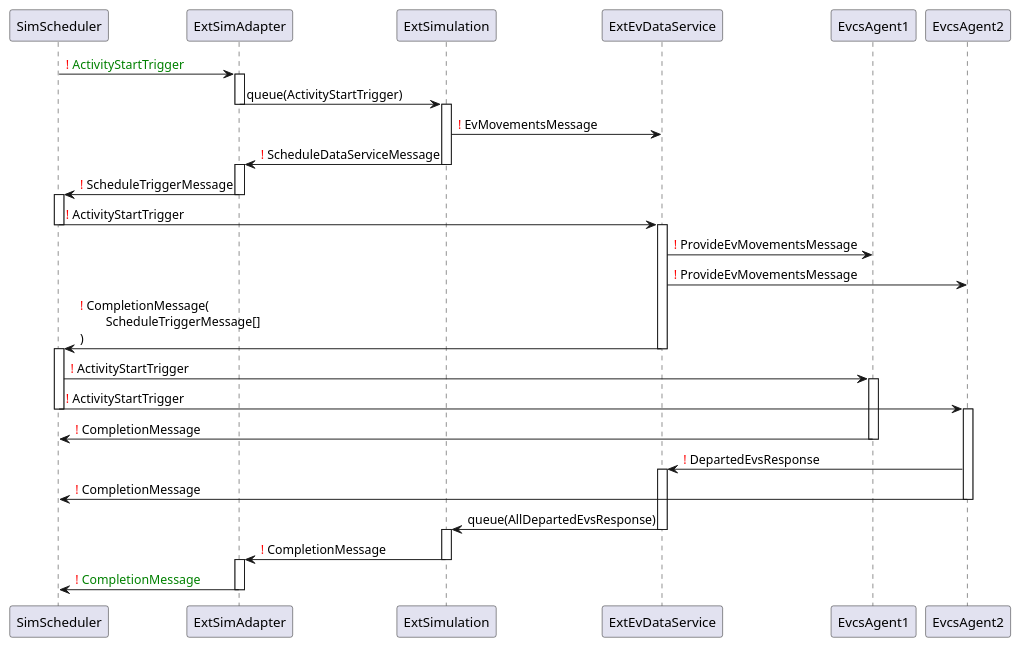
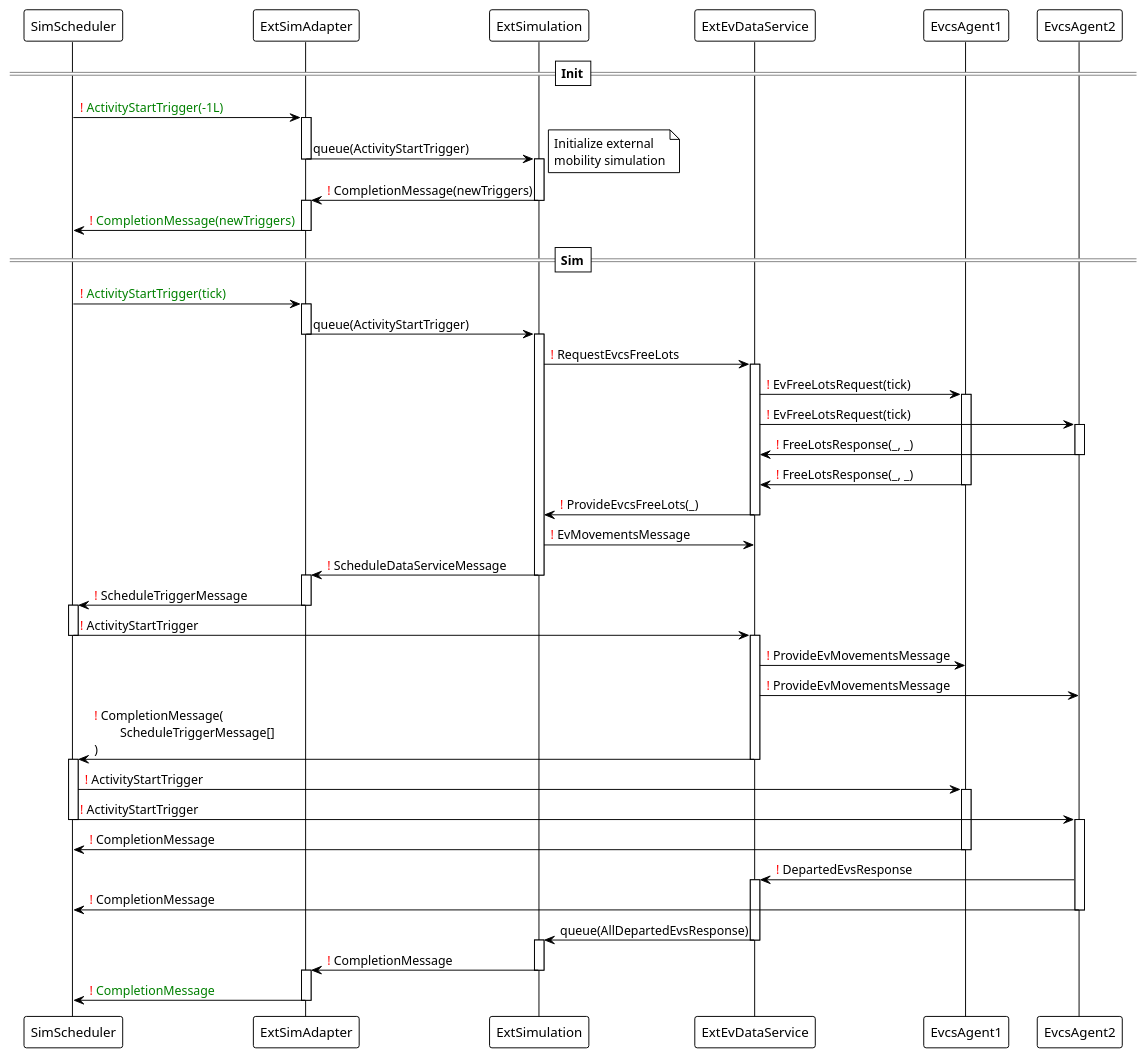
One commit to ie3-institute/simona changed the diagram in docs/uml/protocol/ExtEvSimulationSequence.puml. Above: the diagram before and after it, drawn with PlantUML.

Commit message:
Improve protocol documentation

```diff
--- a/docs/uml/protocol/ExtEvSimulationSequence.puml
+++ b/docs/uml/protocol/ExtEvSimulationSequence.puml
@@ -1,51 +1,87 @@
 @startuml
-SimScheduler -> ExtSimAdapter: <font color=red>!</font> <font color=green>ActivityStartTrigger</font>
+
+!theme plain
+
+==Init==
+SimScheduler -> ExtSimAdapter: <font color=red>!</font> <font color=green>ActivityStartTrigger(-1L)</font>
 activate ExtSimAdapter
 
 ExtSimAdapter -> ExtSimulation: queue(ActivityStartTrigger)
 deactivate ExtSimAdapter
 activate ExtSimulation
+note right: Initialize external\nmobility simulation
+
+ExtSimulation -> ExtSimAdapter: <font color=red>!</font> CompletionMessage(newTriggers)
+deactivate ExtSimulation
+activate ExtSimAdapter
+
+ExtSimAdapter -> SimScheduler: <font color=red>!</font> <font color=green>CompletionMessage(newTriggers)</font>
+deactivate ExtSimAdapter
+
+==Sim==
+SimScheduler -> ExtSimAdapter: <font color=red>!</font> <font color=green>ActivityStartTrigger(tick)</font>
+activate ExtSimAdapter
+
+ExtSimAdapter -> ExtSimulation: queue(ActivityStartTrigger)
+deactivate ExtSimAdapter
+activate ExtSimulation
+
+ExtSimulation -> ExtEvDataService: <font color=red>!</font> RequestEvcsFreeLots
+activate ExtEvDataService
+ExtEvDataService -> EvcsAgent1: <font color=red>!</font> EvFreeLotsRequest(tick)
+activate EvcsAgent1
+ExtEvDataService -> EvcsAgent2: <font color=red>!</font> EvFreeLotsRequest(tick)
+activate EvcsAgent2
+EvcsAgent2 -> ExtEvDataService: <font color=red>!</font> FreeLotsResponse(_, _)
+deactivate EvcsAgent2
+EvcsAgent1 -> ExtEvDataService: <font color=red>!</font> FreeLotsResponse(_, _)
+deactivate EvcsAgent1
+ExtEvDataService -> ExtSimulation: <font color=red>!</font> ProvideEvcsFreeLots(_)
+deactivate ExtEvDataService
+
+'TODO Refactor from here
+
 ExtSimulation -> ExtEvDataService: <font color=red>!</font> EvMovementsMessage
 ExtSimulation -> ExtSimAdapter: <font color=red>!</font> ScheduleDataServiceMessage
 deactivate ExtSimulation
 activate ExtSimAdapter
 
 ExtSimAdapter -> SimScheduler: <font color=red>!</font> ScheduleTriggerMessage
 deactivate ExtSimAdapter
 activate SimScheduler
 
 SimScheduler -> ExtEvDataService: <font color=red>!</font> ActivityStartTrigger
 deactivate SimScheduler
 activate ExtEvDataService
 
 ExtEvDataService -> EvcsAgent1: <font color=red>!</font> ProvideEvMovementsMessage
 ExtEvDataService -> EvcsAgent2: <font color=red>!</font> ProvideEvMovementsMessage
 ExtEvDataService -> SimScheduler: <font color=red>!</font> CompletionMessage(\n\tScheduleTriggerMessage[]\n)
 deactivate ExtEvDataService
 activate SimScheduler
 
 SimScheduler -> EvcsAgent1: <font color=red>!</font> ActivityStartTrigger
 activate EvcsAgent1
 SimScheduler -> EvcsAgent2: <font color=red>!</font> ActivityStartTrigger
 deactivate SimScheduler
 activate EvcsAgent2
 
 EvcsAgent1 -> SimScheduler: <font color=red>!</font> CompletionMessage
 deactivate EvcsAgent1
 
 EvcsAgent2 -> ExtEvDataService: <font color=red>!</font> DepartedEvsResponse
 activate ExtEvDataService
 EvcsAgent2 -> SimScheduler: <font color=red>!</font> CompletionMessage
 deactivate EvcsAgent2
 
 ExtEvDataService -> ExtSimulation: queue(AllDepartedEvsResponse)
 deactivate ExtEvDataService
 activate ExtSimulation
 
 ExtSimulation -> ExtSimAdapter: <font color=red>!</font> CompletionMessage
 deactivate ExtSimulation
 activate ExtSimAdapter
 ExtSimAdapter -> SimScheduler: <font color=red>!</font> <font color=green>CompletionMessage</font>
 deactivate ExtSimAdapter
 
 @enduml
```
